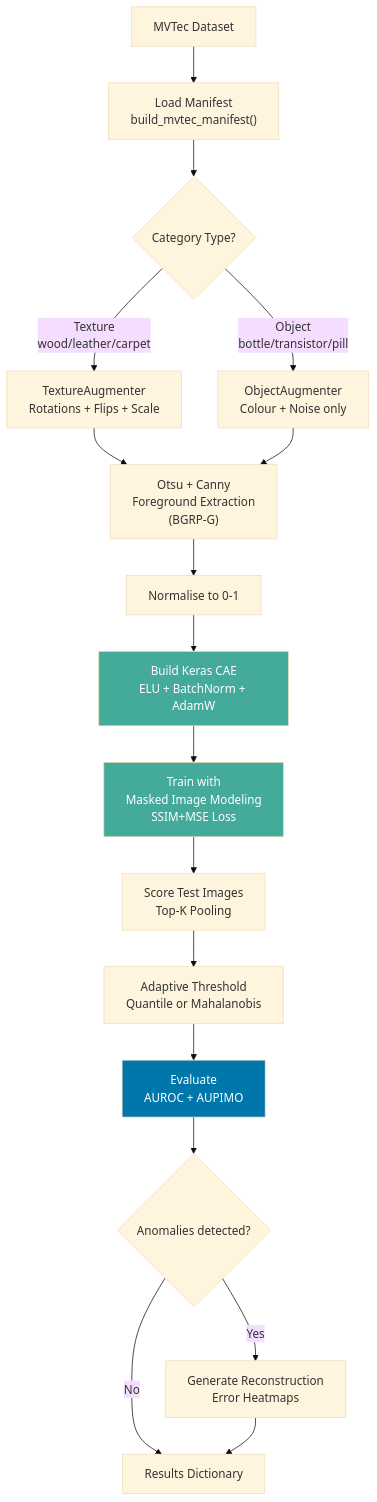
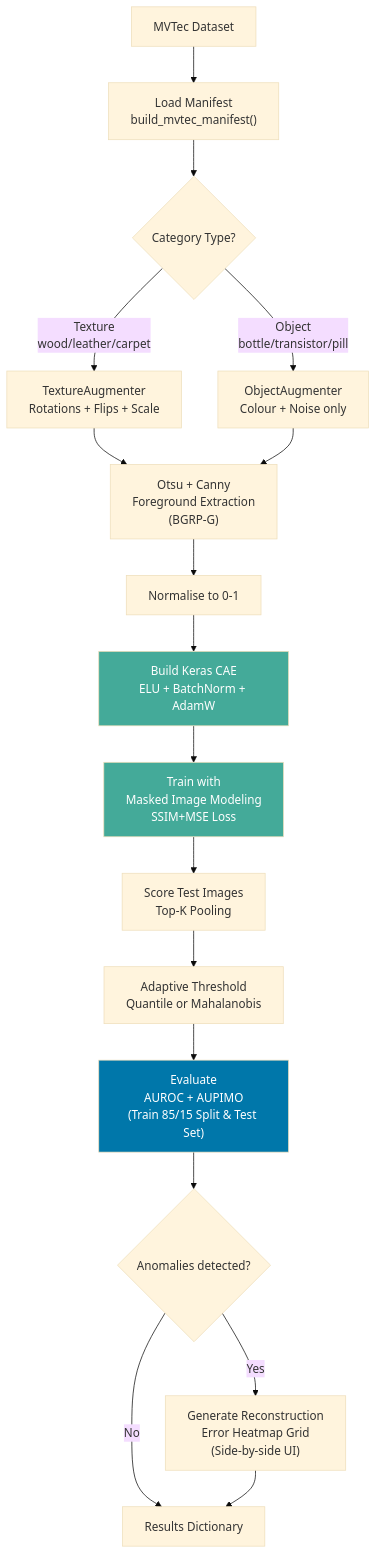
The second of 2 diagrams in docs/data_science/keras_cae_architecture.md (foersben/industrial-component-anomaly-detection), drawn with Mermaid (base theme) before and after one commit. The commit also changed other lines of this file and 26 other files, not shown here.

````diff
--- a/docs/data_science/keras_cae_architecture.md
+++ b/docs/data_science/keras_cae_architecture.md
@@ -49,21 +44,21 @@
 ```mermaid
 flowchart TD
     A["MVTec Dataset"] --> B["Load Manifest\nbuild_mvtec_manifest()"]
     B --> C{"Category Type?"}
     C -- Texture\nwood/leather/carpet --> D["TextureAugmenter\nRotations + Flips + Scale"]
     C -- Object\nbottle/transistor/pill --> E["ObjectAugmenter\nColour + Noise only"]
     D & E --> F["Otsu + Canny\nForeground Extraction\n(BGRP-G)"]
     F --> G["Normalise to 0-1"]
     G --> H["Build Keras CAE\nELU + BatchNorm + AdamW"]
     H --> I["Train with\nMasked Image Modeling\nSSIM+MSE Loss"]
     I --> J["Score Test Images\nTop-K Pooling"]
     J --> K["Adaptive Threshold\nQuantile or Mahalanobis"]
-    K --> L["Evaluate\nAUROC + AUPIMO"]
+    K --> L["Evaluate\nAUROC + AUPIMO\n(Train 85/15 Split & Test Set)"]
     L --> M{"Anomalies detected?"}
-    M -- Yes --> N["Generate Reconstruction\nError Heatmaps"]
+    M -- Yes --> N["Generate Reconstruction\nError Heatmap Grid\n(Side-by-side UI)"]
     M -- No --> O["Results Dictionary"]
     N --> O
     style H fill:#4a9,color:#fff
     style I fill:#4a9,color:#fff
     style L fill:#07a,color:#fff
 ```
````
